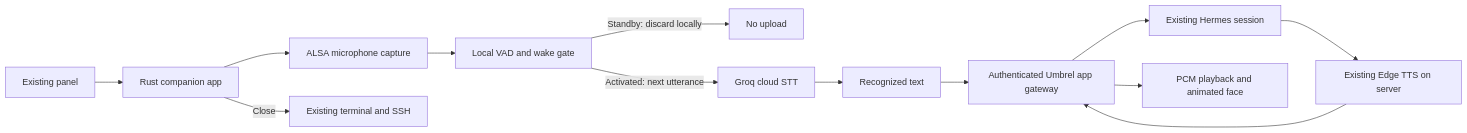
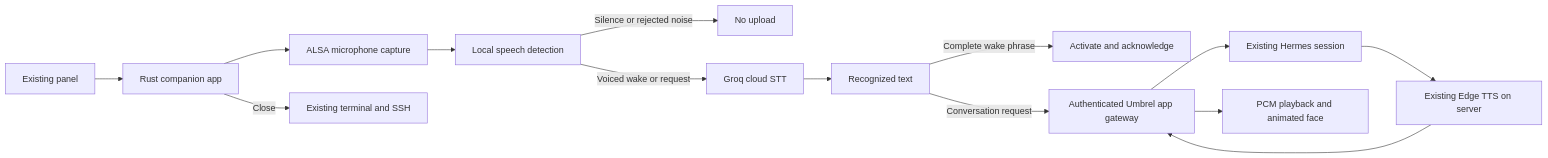
The diagram in docs/hermes-assistant.md (holiveiraa/moto-g4-linux), drawn with Mermaid before and after one commit. The commit also changed other lines of this file and 29 other files, not shown here.

Commit message:
Use Groq for Hermes activation and remove local speech recognition

````diff
--- a/docs/hermes-assistant.md
+++ b/docs/hermes-assistant.md
@@ -95,15 +97,16 @@
 ```mermaid
 flowchart LR
     P[Existing panel] --> A[Rust companion app]
     A --> C[ALSA microphone capture]
-    C --> W[Local VAD and wake gate]
-    W -->|Standby: discard locally| D[No upload]
-    W -->|Activated: next utterance| G[Groq cloud STT]
+    C --> W[Local speech detection]
+    W -->|Silence or rejected noise| D[No upload]
+    W -->|Voiced wake or request| G[Groq cloud STT]
     G --> T[Recognized text]
-    T --> U[Authenticated Umbrel app gateway]
+    T -->|Complete wake phrase| K[Activate and acknowledge]
+    T -->|Conversation request| U[Authenticated Umbrel app gateway]
     U --> H[Existing Hermes session]
     H --> E[Existing Edge TTS on server]
     E --> U
     U --> S[PCM playback and animated face]
     A -->|Close| R[Existing terminal and SSH]
 ```
````
